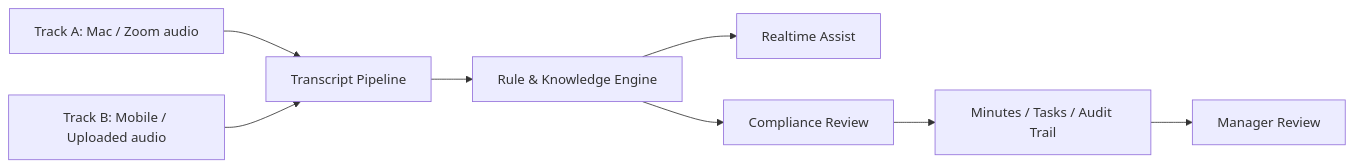
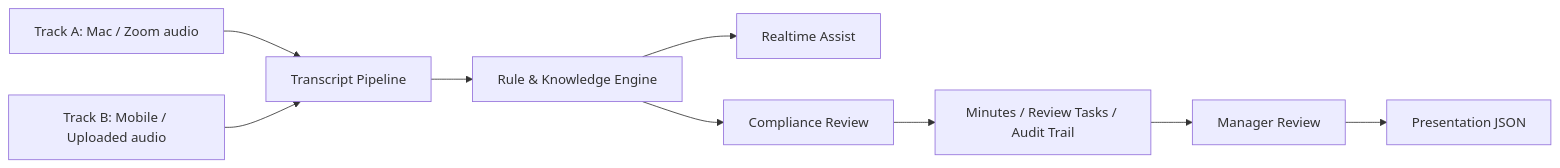
Before and after one commit to Shibayu-11/sales-talk: the diagram in docs/two-track-development-plan.md, drawn with Mermaid. The commit also changed other lines of this file and 2 other files, not shown here.

````diff
--- a/docs/two-track-development-plan.md
+++ b/docs/two-track-development-plan.md
@@ -17,10 +20,11 @@
 ```mermaid
 flowchart LR
   A["Track A: Mac / Zoom audio"] --> C["Transcript Pipeline"]
   B["Track B: Mobile / Uploaded audio"] --> C
   C --> D["Rule & Knowledge Engine"]
   D --> E["Realtime Assist"]
   D --> F["Compliance Review"]
-  F --> G["Minutes / Tasks / Audit Trail"]
+  F --> G["Minutes / Review Tasks / Audit Trail"]
   G --> H["Manager Review"]
+  H --> I["Presentation JSON"]
 ```
````
